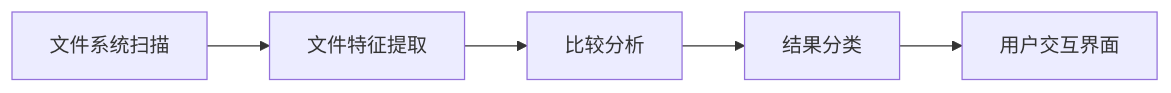
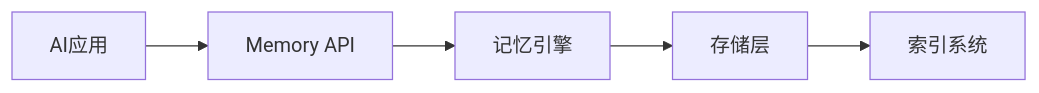
The seventh of 8 diagrams in reports/2026/01/2026-01-25.md (wayyoungboy/github-trending-reporter), drawn with Mermaid before and after one commit. The commit also changed other lines of this file and 1 other file, not shown here.

````diff
--- a/reports/2026/01/2026-01-25.md
+++ b/reports/2026/01/2026-01-25.md
@@ -417,7 +376,7 @@
 ```mermaid
 graph LR
-    A[文件系统扫描] --> B[文件特征提取]
-    B --> C[比较分析]
-    C --> D[结果分类]
-    D --> E[用户交互界面]
+    A[AI应用] --> B[Memory API]
+    B --> C[记忆引擎]
+    C --> D[存储层]
+    D --> E[索引系统]
 ```
````
